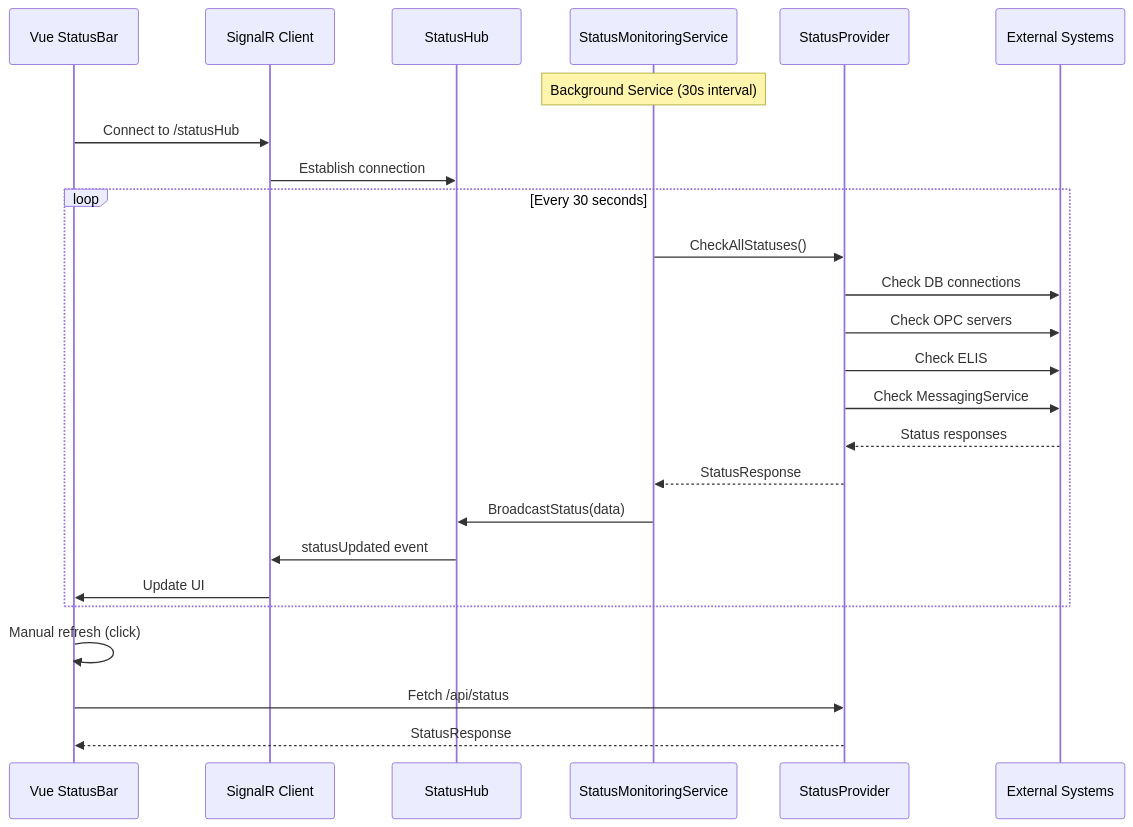
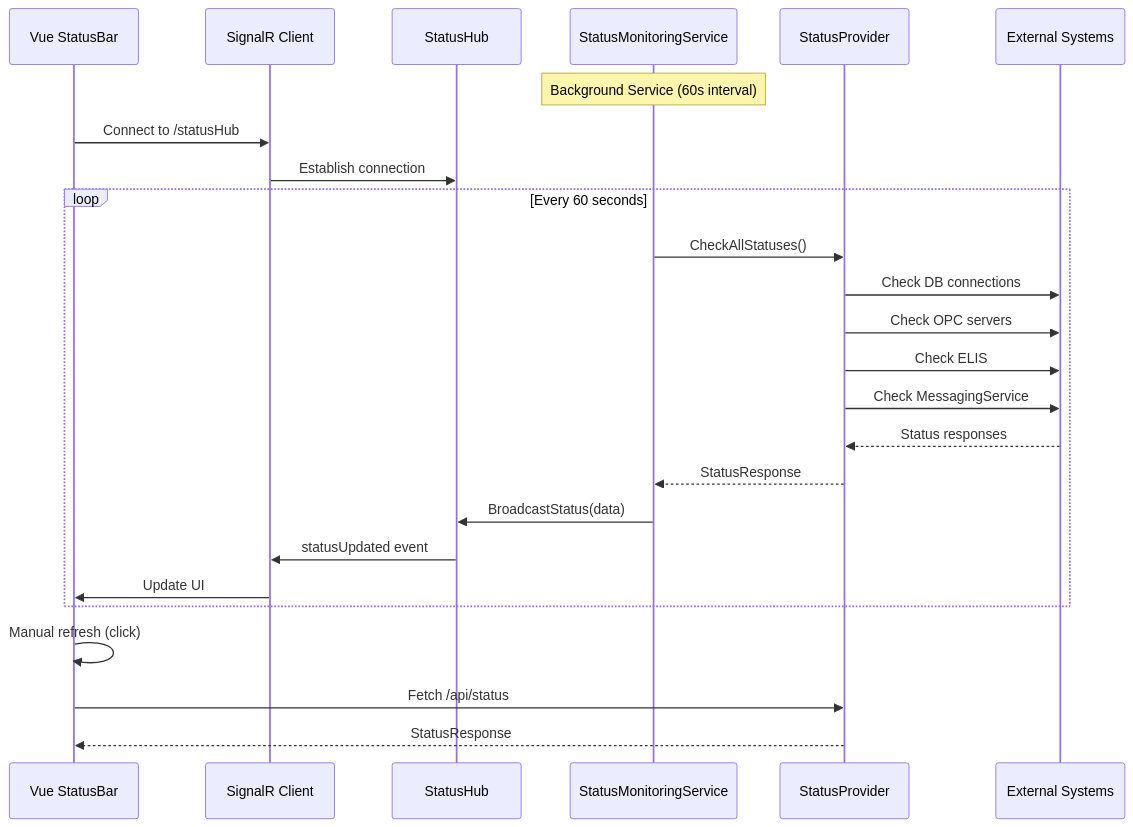
One commit to tn-ivk/tn-doc changed the seventh of 10 diagrams in docs/architecture/overview.md. Above: the diagram before and after it, drawn with Mermaid. The commit also changed 4 other files, not shown here.

````diff
--- a/docs/architecture/overview.md
+++ b/docs/architecture/overview.md
@@ -305,31 +305,31 @@
 ```mermaid
 sequenceDiagram
     participant Vue as Vue StatusBar
     participant SignalR as SignalR Client
     participant Hub as StatusHub
     participant Monitor as StatusMonitoringService
     participant Provider as StatusProvider
     participant External as External Systems
 
-    Note over Monitor: Background Service (30s interval)
+    Note over Monitor: Background Service (60s interval)
 
     Vue->>SignalR: Connect to /statusHub
     SignalR->>Hub: Establish connection
 
-    loop Every 30 seconds
+    loop Every 60 seconds
         Monitor->>Provider: CheckAllStatuses()
         Provider->>External: Check DB connections
         Provider->>External: Check OPC servers
         Provider->>External: Check ELIS
         Provider->>External: Check MessagingService
         External-->>Provider: Status responses
         Provider-->>Monitor: StatusResponse
         Monitor->>Hub: BroadcastStatus(data)
         Hub->>SignalR: statusUpdated event
         SignalR->>Vue: Update UI
     end
 
     Vue->>Vue: Manual refresh (click)
     Vue->>Provider: Fetch /api/status
     Provider-->>Vue: StatusResponse
 ```
````
